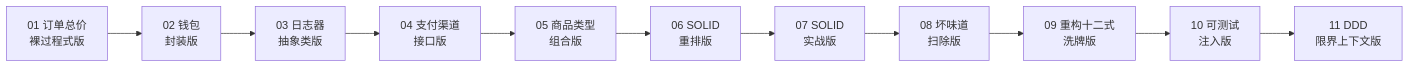
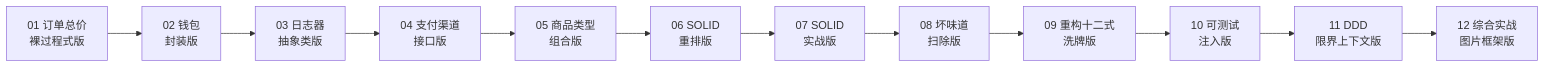
The second of 3 diagrams in 00.通用技术的提升/03.重学设计模式/01.面向对象设计/README.md (chongyang211/YCBookBlog), drawn with Mermaid before and after one commit. The commit also changed other lines of this file and 12 other files, not shown here.

````diff
--- a/00.通用技术的提升/03.重学设计模式/01.面向对象设计/README.md
+++ b/00.通用技术的提升/03.重学设计模式/01.面向对象设计/README.md
@@ -65,13 +67,14 @@
 ```mermaid
 flowchart LR
     P1[01 订单总价<br/>裸过程式版] --> P2[02 钱包<br/>封装版]
     P2 --> P3[03 日志器<br/>抽象类版]
     P3 --> P4[04 支付渠道<br/>接口版]
     P4 --> P5[05 商品类型<br/>组合版]
     P5 --> P6[06 SOLID<br/>重排版]
     P6 --> P7[07 SOLID<br/>实战版]
     P7 --> P8[08 坏味道<br/>扫除版]
     P8 --> P9[09 重构十二式<br/>洗牌版]
     P9 --> P10[10 可测试<br/>注入版]
     P10 --> P11[11 DDD<br/>限界上下文版]
+    P11 --> P12[12 综合实战<br/>图片框架版]
 ```
````
